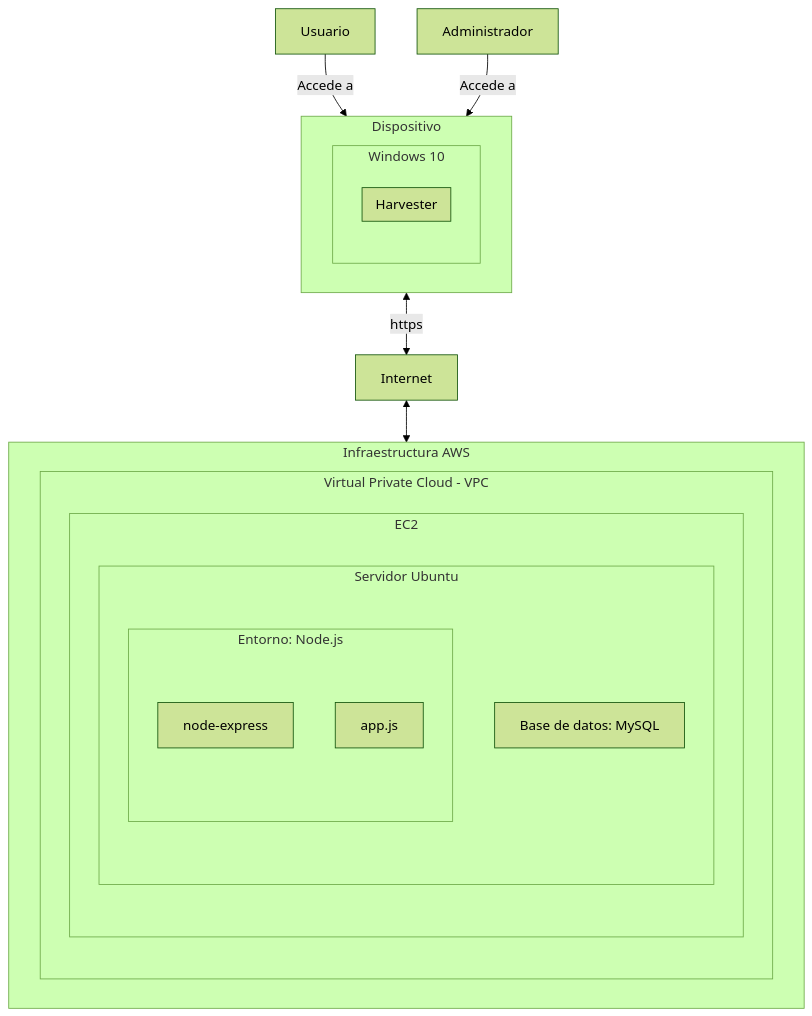
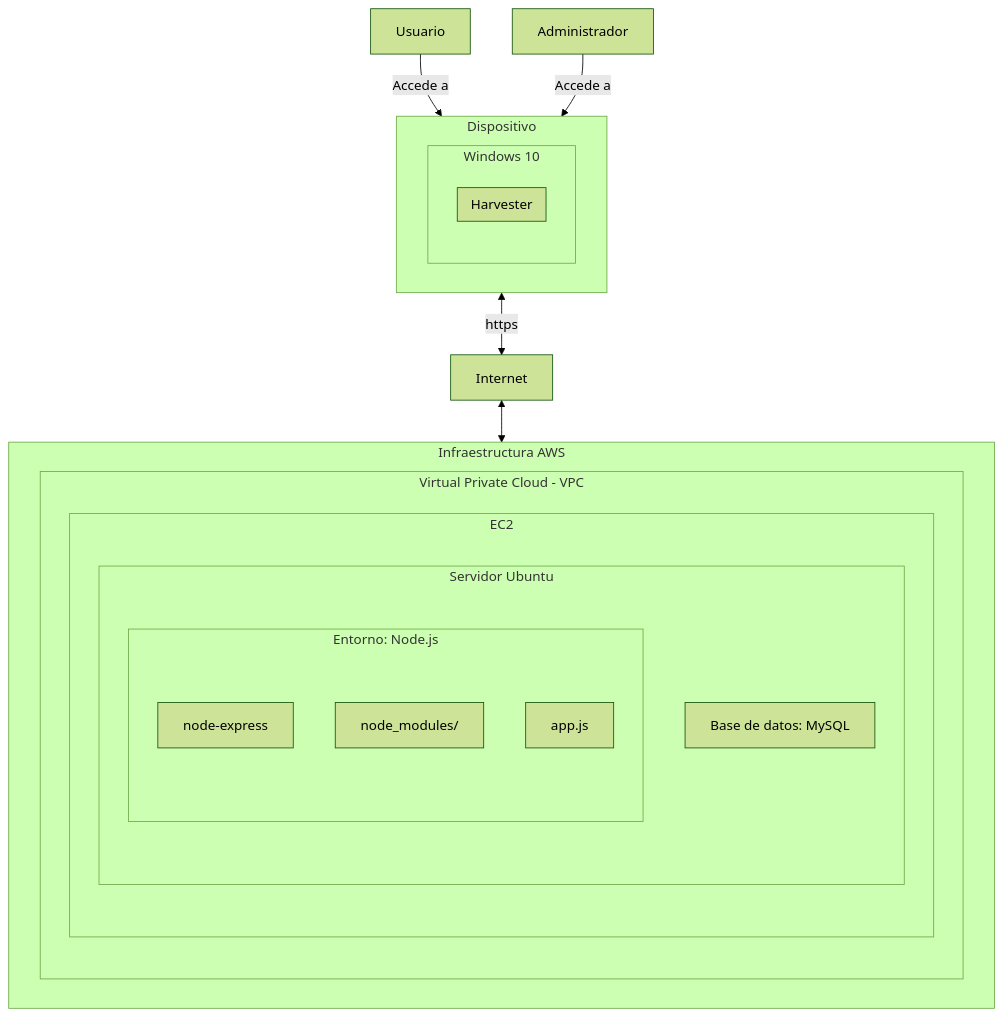
The diagram in documentation/docs/proyectos/tractores/documentacion/arquitectura.md (CodeAnd-Co/Documentacion), drawn with Mermaid (forest theme) before and after one commit.

Commit message:
Agregar componente en diagrama

````diff
--- a/documentation/docs/proyectos/tractores/documentacion/arquitectura.md
+++ b/documentation/docs/proyectos/tractores/documentacion/arquitectura.md
@@ -139,30 +139,31 @@
 ``` mermaid 
 graph TD
     Usuario --> |Accede a| Dispositivo
     Administrador --> |Accede a| Dispositivo
     subgraph Dispositivo
       subgraph Windows 10
         subgraph Harvester
         end
       end
     end
 
     Dispositivo <-->|https| Internet
 
     subgraph InfraestructuraAWS [Infraestructura AWS]
         subgraph VPC ["Virtual Private Cloud - VPC"]
             subgraph EC2 ["EC2"]
                 subgraph ServidorUbuntu["Servidor Ubuntu"]
                     subgraph Sistema["Entorno: Node.js"]
-                       ExpressFramework["node-express"] 
+                       ExpressFramework["node-express"]
+                       NodeModules["node_modules/"] 
                        APP["app.js"]
                     end
                     MySQL["Base de datos: MySQL"]
                 end
             end
             end
     end
 
     Internet <--> InfraestructuraAWS
     
 ```
````
